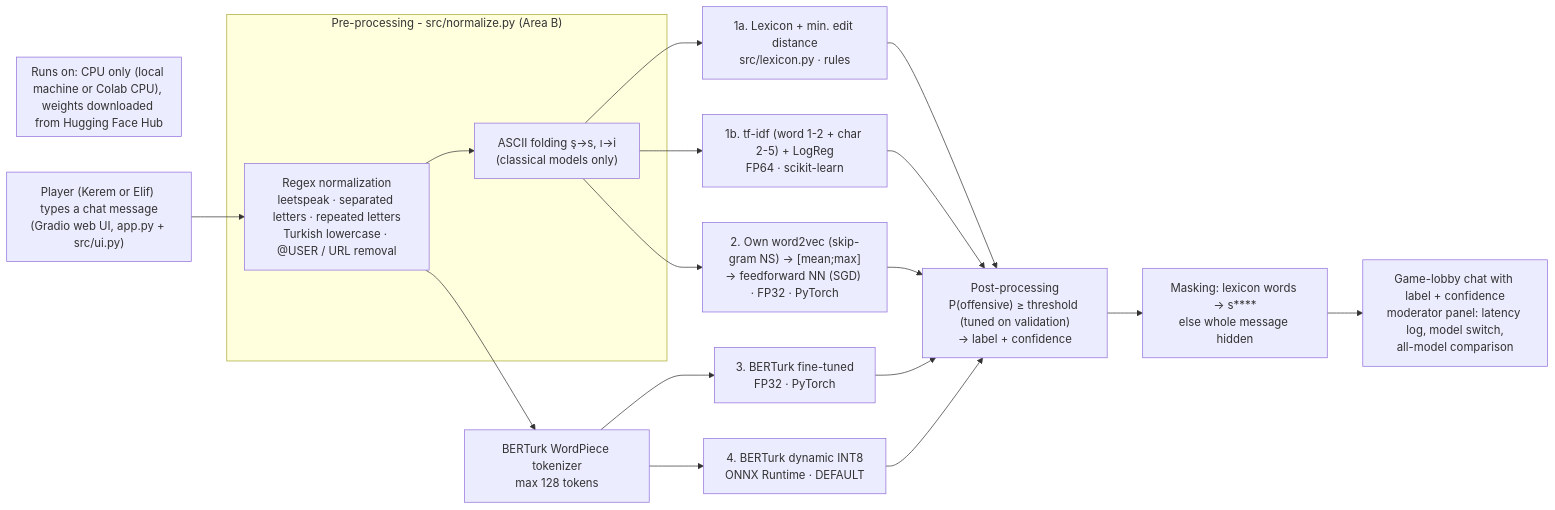
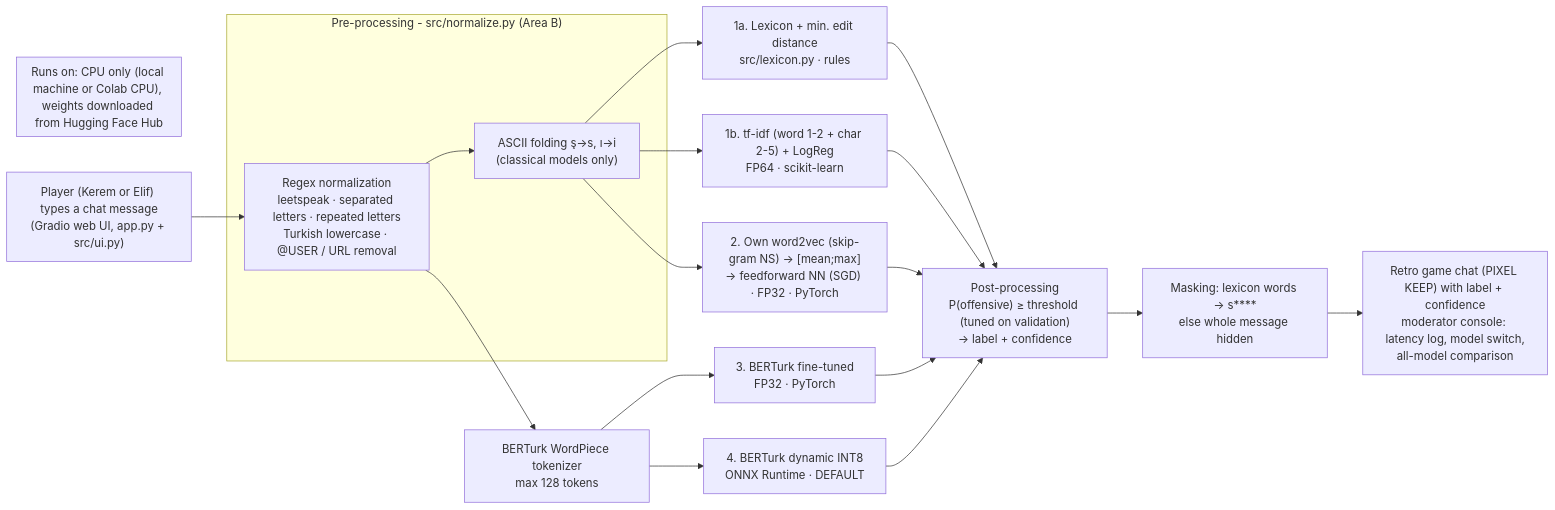
Before and after one commit to Humeyyraa/swe015-chat-moderation: the diagram in docs/architecture.md, drawn with Mermaid. The commit also changed 3 other files, not shown here.

First line of the commit message:
UI: retro 8-bit redesign (PIXEL KEEP): pixel scene, RPG dialog chat, terminal mod console

````diff
--- a/docs/architecture.md
+++ b/docs/architecture.md
@@ -3,23 +3,23 @@
 ```mermaid
 flowchart LR
     U["Player (Kerem or Elif) types a chat message<br/>(Gradio web UI, app.py + src/ui.py)"] --> N
 
     subgraph PRE["Pre-processing - src/normalize.py (Area B)"]
         N["Regex normalization<br/>leetspeak · separated letters · repeated letters<br/>Turkish lowercase · @USER / URL removal"]
         N --> F["ASCII folding ş→s, ı→i<br/>(classical models only)"]
     end
 
     F --> M1["1a. Lexicon + min. edit distance<br/>src/lexicon.py · rules"]
     F --> M2["1b. tf-idf (word 1-2 + char 2-5) + LogReg<br/>FP64 · scikit-learn"]
     F --> M3["2. Own word2vec (skip-gram NS) → [mean;max]<br/>→ feedforward NN (SGD) · FP32 · PyTorch"]
     N --> T["BERTurk WordPiece tokenizer<br/>max 128 tokens"]
     T --> M4["3. BERTurk fine-tuned<br/>FP32 · PyTorch"]
     T --> M5["4. BERTurk dynamic INT8<br/>ONNX Runtime · DEFAULT"]
 
     M1 & M2 & M3 & M4 & M5 --> P["Post-processing<br/>P(offensive) ≥ threshold (tuned on validation)<br/>→ label + confidence"]
     P --> K["Masking: lexicon words → s****<br/>else whole message hidden"]
-    K --> UI["Game-lobby chat with label + confidence<br/>moderator panel: latency log, model switch,<br/>all-model comparison"]
+    K --> UI["Retro game chat (PIXEL KEEP) with label + confidence<br/>moderator console: latency log, model switch,<br/>all-model comparison"]
 
     subgraph RUN["Runs on: CPU only (local machine or Colab CPU), weights downloaded from Hugging Face Hub"]
     end
 ```
````
